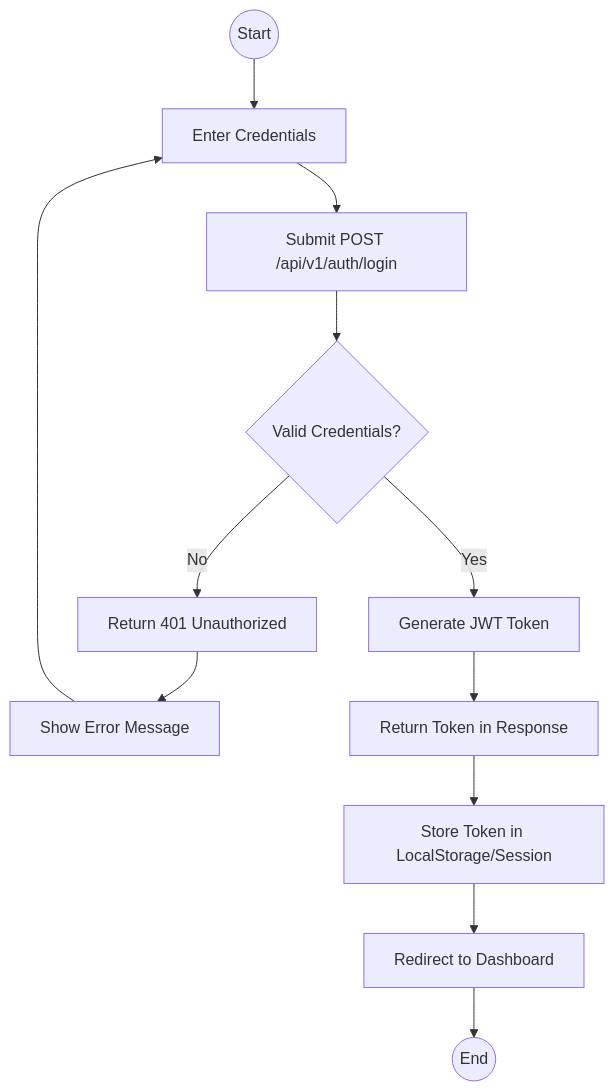
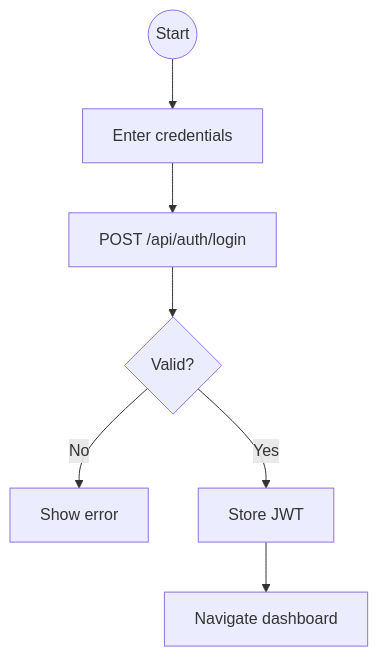
The second of 11 diagrams in docs/application-flow.md (kirtika-0102/StockSmart), drawn with Mermaid before and after one commit. The commit also changed other lines of this file and 74 other files, not shown here.

Commit message:
architecture of application

````diff
--- a/docs/application-flow.md
+++ b/docs/application-flow.md
@@ -41,14 +17,9 @@
 ```mermaid
 flowchart TD
-    Start((Start)) --> EnterCreds[Enter Credentials]
-    EnterCreds --> Submit[Submit POST /api/v1/auth/login]
-    Submit --> VerifyUser{Valid Credentials?}
-    VerifyUser -- No --> Return401[Return 401 Unauthorized]
-    Return401 --> ShowError[Show Error Message]
-    ShowError --> EnterCreds
-    VerifyUser -- Yes --> GenJWT[Generate JWT Token]
-    GenJWT --> ReturnToken[Return Token in Response]
-    ReturnToken --> StoreToken[Store Token in LocalStorage/Session]
-    StoreToken --> RouteDash[Redirect to Dashboard]
-    RouteDash --> End((End))
+    Start((Start)) --> Creds[Enter credentials]
+    Creds --> POST[POST /api/auth/login]
+    POST --> OK{Valid?}
+    OK -->|No| Err[Show error]
+    OK -->|Yes| Store[Store JWT]
+    Store --> Dash[Navigate dashboard]
 ```
````
